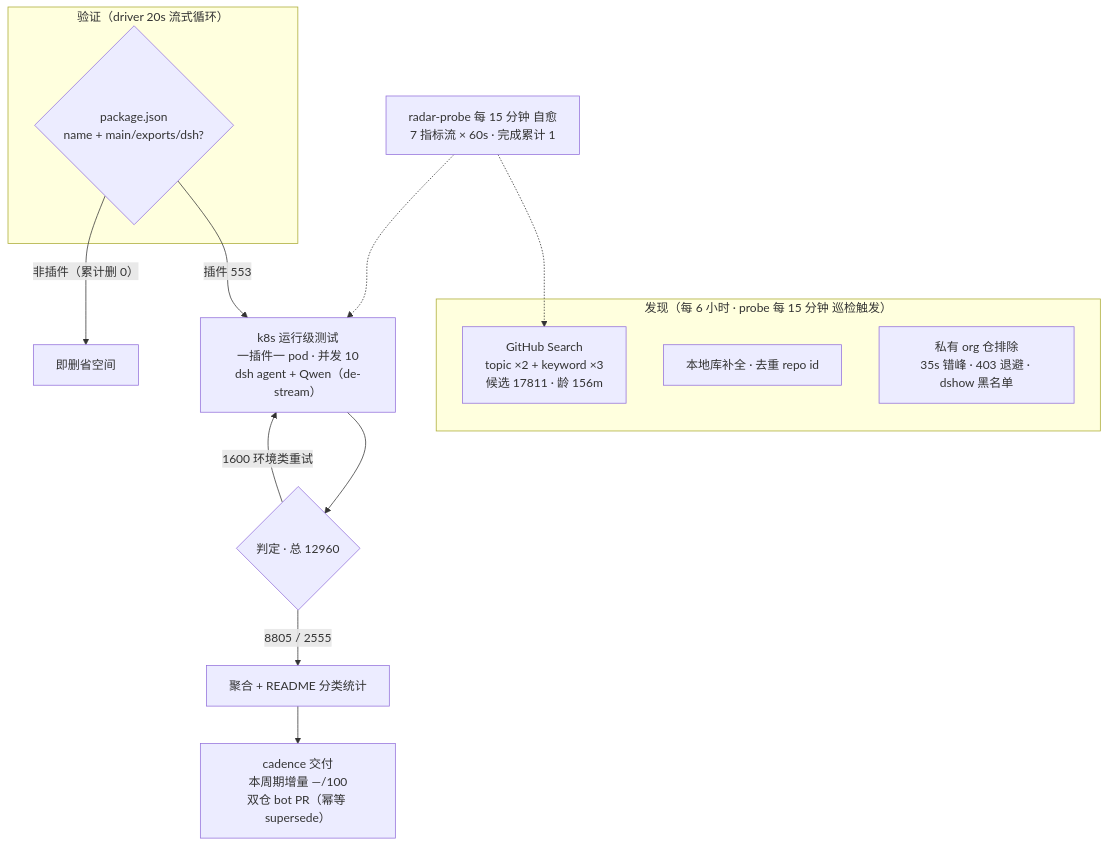
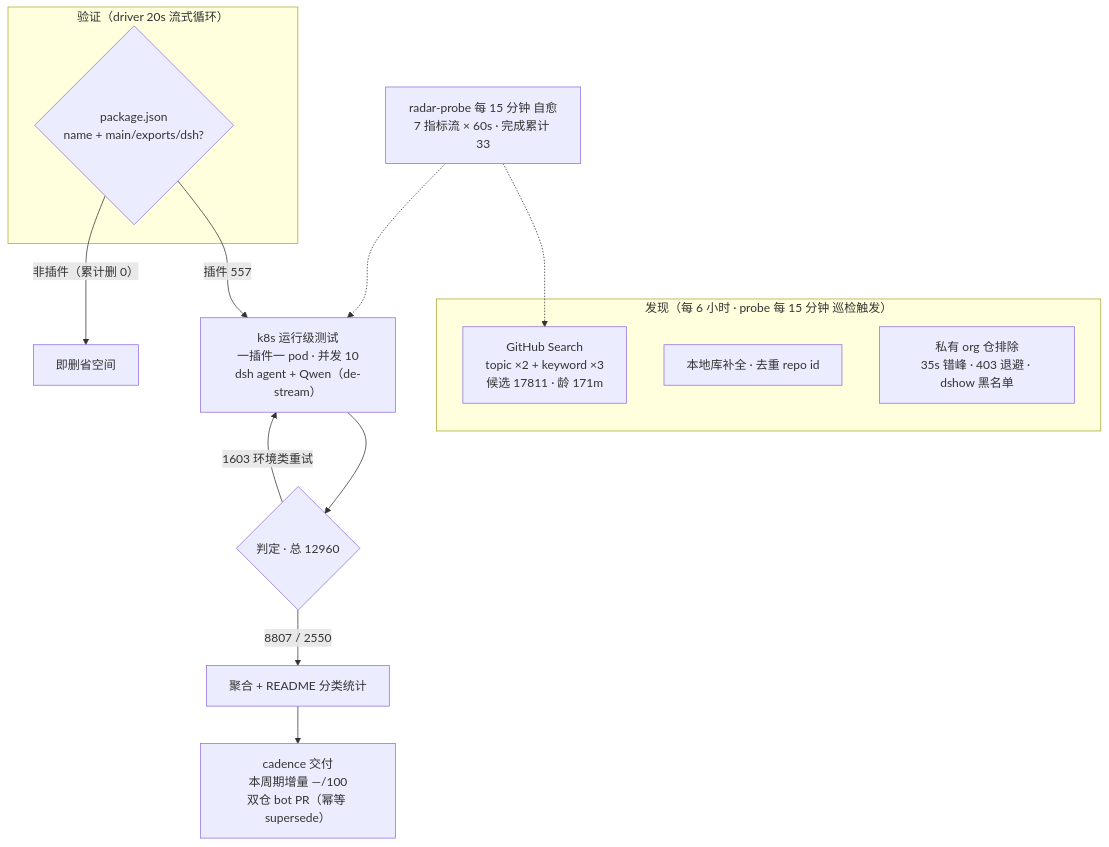
The diagram in README.md (AdamPlatin123/awesome-dsh-plugins), drawn with Mermaid before and after one commit. The commit also changed other lines of this file and 5 other files, not shown here.

````diff
--- a/README.md
+++ b/README.md
@@ -52,20 +52,20 @@
 ```mermaid
 flowchart TB
     subgraph Discovery["发现（每 6 小时 · probe 每 15 分钟 巡检触发）"]
-        A1["GitHub Search<br/>topic ×2 + keyword ×3<br/>候选 17811 · 龄 156m"]
+        A1["GitHub Search<br/>topic ×2 + keyword ×3<br/>候选 17811 · 龄 171m"]
         A2["本地库补全 · 去重 repo id"]
         A3["私有 org 仓排除<br/>35s 错峰 · 403 退避 · dshow 黑名单"]
     end
     subgraph Validation["验证（driver 20s 流式循环）"]
         B1{"package.json<br/>name + main/exports/dsh?"}
     end
-    B1 -->|"插件 553"| C1["k8s 运行级测试<br/>一插件一 pod · 并发 10<br/>dsh agent + Qwen（de-stream）"]
+    B1 -->|"插件 557"| C1["k8s 运行级测试<br/>一插件一 pod · 并发 10<br/>dsh agent + Qwen（de-stream）"]
     B1 -->|"非插件（累计删 0）"| B3["即删省空间"]
     C1 --> D1{"判定 · 总 12960"}
-    D1 -->|"8805 / 2555"| E1["聚合 + README 分类统计"]
-    D1 -->|"1600 环境类重试"| C1
+    D1 -->|"8807 / 2550"| E1["聚合 + README 分类统计"]
+    D1 -->|"1603 环境类重试"| C1
     E1 --> E2["cadence 交付<br/>本周期增量 —/100<br/>双仓 bot PR（幂等 supersede）"]
-    M["radar-probe 每 15 分钟 自愈<br/>7 指标流 × 60s · 完成累计 1"]
+    M["radar-probe 每 15 分钟 自愈<br/>7 指标流 × 60s · 完成累计 33"]
     M -.-> A1
     M -.-> C1
 ```
````
